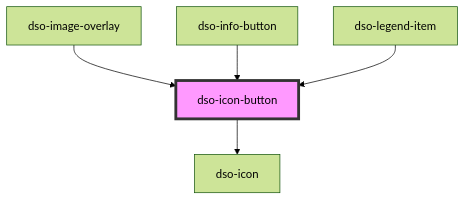
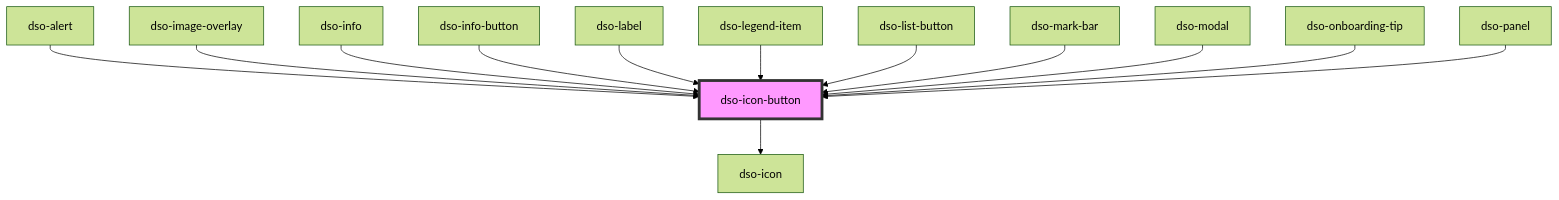
The diagram in packages/core/src/components/icon-button/readme.md (dso-toolkit/dso-toolkit), drawn with Mermaid (forest theme) before and after one commit. The commit also changed other lines of this file and 48 other files, not shown here.

Commit message:
#2315 [Added] Icon button: Replace all buttons with icon-only with the icon-button component

````diff
--- a/packages/core/src/components/icon-button/readme.md
+++ b/packages/core/src/components/icon-button/readme.md
@@ -52,8 +60,16 @@
 ```mermaid
 graph TD;
   dso-icon-button --> dso-icon
+  dso-alert --> dso-icon-button
   dso-image-overlay --> dso-icon-button
+  dso-info --> dso-icon-button
   dso-info-button --> dso-icon-button
+  dso-label --> dso-icon-button
   dso-legend-item --> dso-icon-button
+  dso-list-button --> dso-icon-button
+  dso-mark-bar --> dso-icon-button
+  dso-modal --> dso-icon-button
+  dso-onboarding-tip --> dso-icon-button
+  dso-panel --> dso-icon-button
   style dso-icon-button fill:#f9f,stroke:#333,stroke-width:4px
 ```
````
